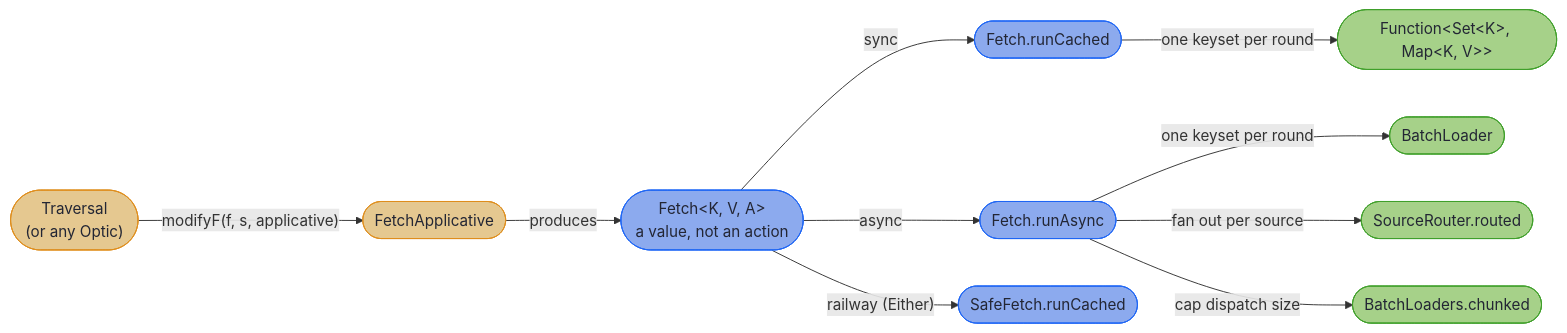
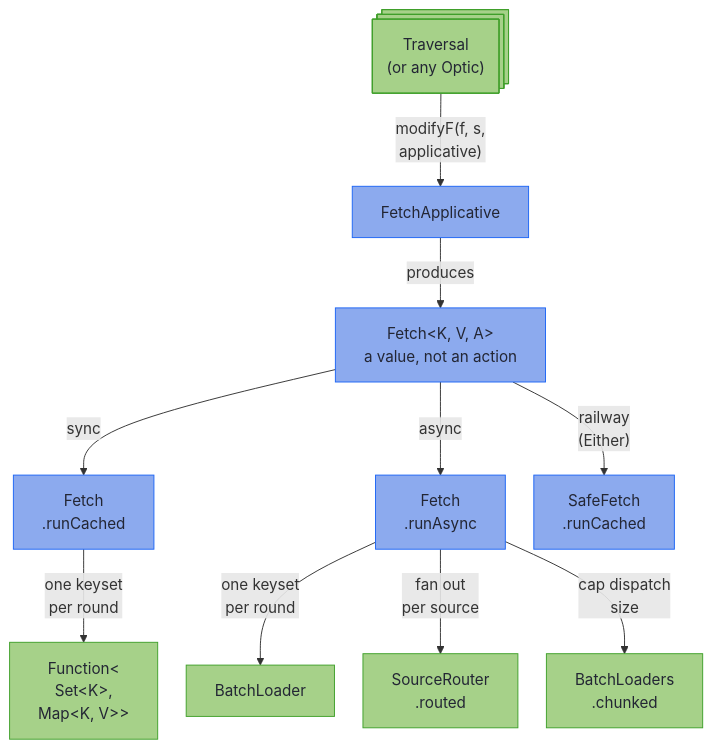
One commit to higher-kinded-j/higher-kinded-j.github.io changed the second of 3 diagrams in latest/optics/optic_batching.md. Above: the diagram before and after it, drawn with Mermaid. The commit also changed other lines of this file and 55 other files, not shown here.

````diff
--- a/latest/optics/optic_batching.md
+++ b/latest/optics/optic_batching.md
@@ -61,21 +63,26 @@
 ```mermaid
-flowchart LR
-    OP(["Traversal<br/>(or any Optic)"]) -->|"modifyF(f, s, applicative)"| FA(["FetchApplicative"])
-    FA -->|"produces"| F(["Fetch&lt;K, V, A&gt;<br/>a value, not an action"])
+%%{init: {"flowchart": {"nodeSpacing": 30}}}%%
+flowchart TD
+    accTitle: The optic, the strategy and the runner
+    accDescr: A Traversal, or any optic, runs modifyF with FetchApplicative, which produces a Fetch value rather than an action. Fetch.runCached runs it synchronously against a function from a key set to a map, Fetch.runAsync against a BatchLoader, a SourceRouter.routed fan-out or a BatchLoaders.chunked cap, and SafeFetch.runCached on the Either railway.
+    OP@{ shape: st-rect, label: "Traversal<br/>(or any Optic)" } -->|"modifyF(f, s,<br/>applicative)"| FA["FetchApplicative"]
+    FA -->|"produces"| F["Fetch&lt;K, V, A&gt;<br/>a value, not an action"]
 
-    F -->|"sync"| RC(["Fetch.runCached"])
-    F -->|"async"| RA(["Fetch.runAsync"])
-    F -->|"railway (Either)"| SC(["SafeFetch.runCached"])
+    F -->|"sync"| RC["Fetch<br/>.runCached"]
+    F -->|"async"| RA["Fetch<br/>.runAsync"]
+    F -->|"railway<br/>(Either)"| SC["SafeFetch<br/>.runCached"]
 
-    RC -->|"one keyset per round"| FN(["Function&lt;Set&lt;K&gt;, Map&lt;K, V&gt;&gt;"])
-    RA -->|"one keyset per round"| BL(["BatchLoader"])
-    RA -->|"fan out per source"| SR(["SourceRouter.routed"])
-    RA -->|"cap dispatch size"| BC(["BatchLoaders.chunked"])
+    RC -->|"one keyset<br/>per round"| FN["Function&lt;<br/>Set&lt;K&gt;,<br/>Map&lt;K, V&gt;&gt;"]
+    RA -->|"one keyset<br/>per round"| BL["BatchLoader"]
+    RA -->|"fan out<br/>per source"| SR["SourceRouter<br/>.routed"]
+    RA -->|"cap dispatch<br/>size"| BC["BatchLoaders<br/>.chunked"]
 
-    classDef shape fill:#e5c890,stroke:#df8e1d,color:#232634
+    classDef rw fill:#a6d189,stroke:#40a02b,color:#232634
+    classDef shape fill:#8caaee,stroke:#1e66f5,color:#232634
     classDef wire fill:#8caaee,stroke:#1e66f5,color:#232634
     classDef tier fill:#a6d189,stroke:#40a02b,color:#232634
-    class OP,FA shape
+    class OP rw
+    class FA shape
     class F,RC,RA,SC wire
     class FN,BL,SR,BC tier
 ```
````
